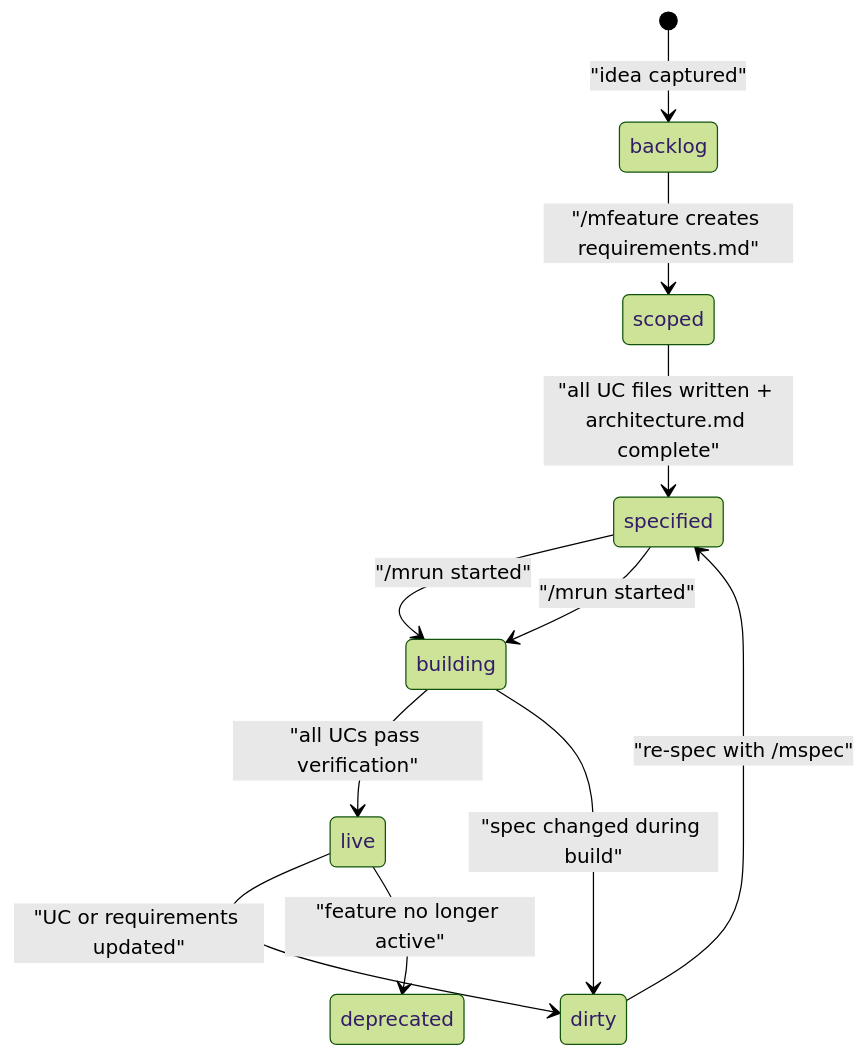
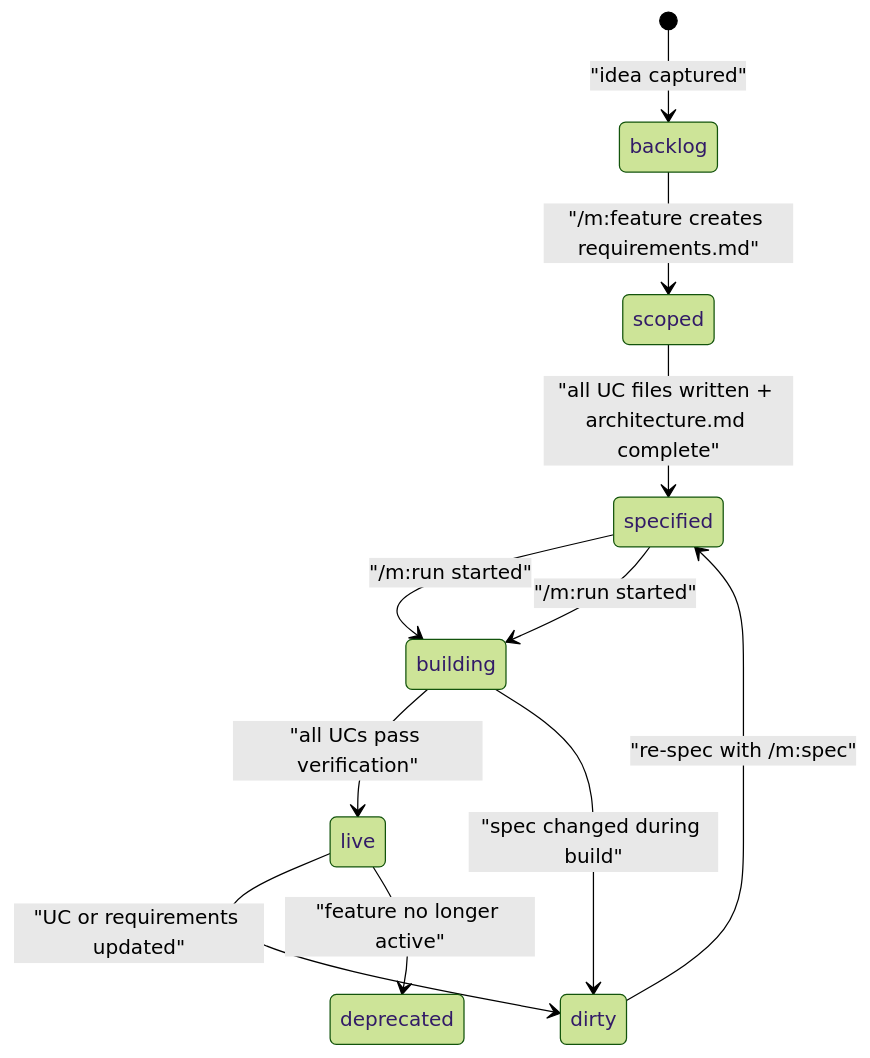
Before and after one commit to MolcajeteAI/plugin: the fourth of 5 diagrams in prd/specs/20260317-0316-v3_spec_system/spec.md, drawn with Mermaid (forest theme). The commit also changed other lines of this file and 2 other files, not shown here.

````diff
--- a/prd/specs/20260317-0316-v3_spec_system/spec.md
+++ b/prd/specs/20260317-0316-v3_spec_system/spec.md
@@ -1050,13 +974,13 @@
 ```mermaid
 stateDiagram-v2
     [*] --> backlog : "idea captured"
-    backlog --> scoped : "/mfeature creates requirements.md"
+    backlog --> scoped : "/m:feature creates requirements.md"
     scoped --> specified : "all UC files written + architecture.md complete"
-    specified --> building : "/mrun started"
+    specified --> building : "/m:run started"
     building --> live : "all UCs pass verification"
     live --> dirty : "UC or requirements updated"
-    dirty --> specified : "re-spec with /mspec"
-    specified --> building : "/mrun started"
+    dirty --> specified : "re-spec with /m:spec"
+    specified --> building : "/m:run started"
     live --> deprecated : "feature no longer active"
     building --> dirty : "spec changed during build"
 ```
````
